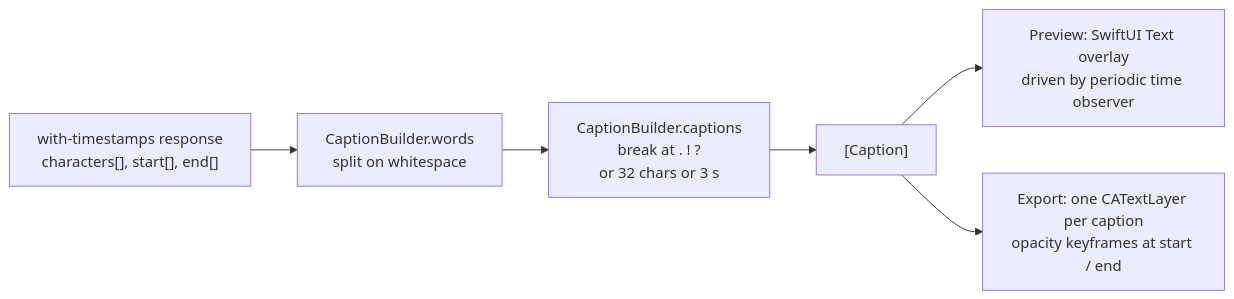
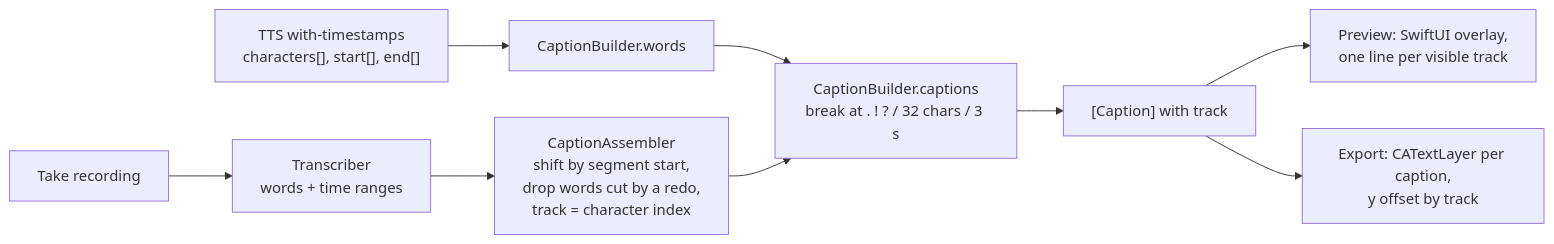
Before and after one commit to yvelkoa/VoiceoverStudio: the fifth of 5 diagrams in README.md, drawn with Mermaid. The commit also changed other lines of this file, not shown here.

First line of the commit message:
Document the record-and-swap architecture

````diff
--- a/README.md
+++ b/README.md
@@ -128,8 +144,11 @@
 ```mermaid
 flowchart LR
-    A["with-timestamps response<br/>characters[], start[], end[]"] --> W["CaptionBuilder.words<br/>split on whitespace"]
-    W --> L["CaptionBuilder.captions<br/>break at . ! ?<br/>or 32 chars or 3 s"]
-    L --> CAP["[Caption]"]
-    CAP --> O["Preview: SwiftUI Text overlay<br/>driven by periodic time observer"]
-    CAP --> E["Export: one CATextLayer per caption<br/>opacity keyframes at start / end"]
+    A["Take recording"] --> T["Transcriber<br/>words + time ranges"]
+    T --> S["CaptionAssembler<br/>shift by segment start,<br/>drop words cut by a redo,<br/>track = character index"]
+    TTS["TTS with-timestamps<br/>characters[], start[], end[]"] --> W["CaptionBuilder.words"]
+    W --> L
+    S --> L["CaptionBuilder.captions<br/>break at . ! ? / 32 chars / 3 s"]
+    L --> CAP["[Caption] with track"]
+    CAP --> O["Preview: SwiftUI overlay,<br/>one line per visible track"]
+    CAP --> E["Export: CATextLayer per caption,<br/>y offset by track"]
 ```
````
